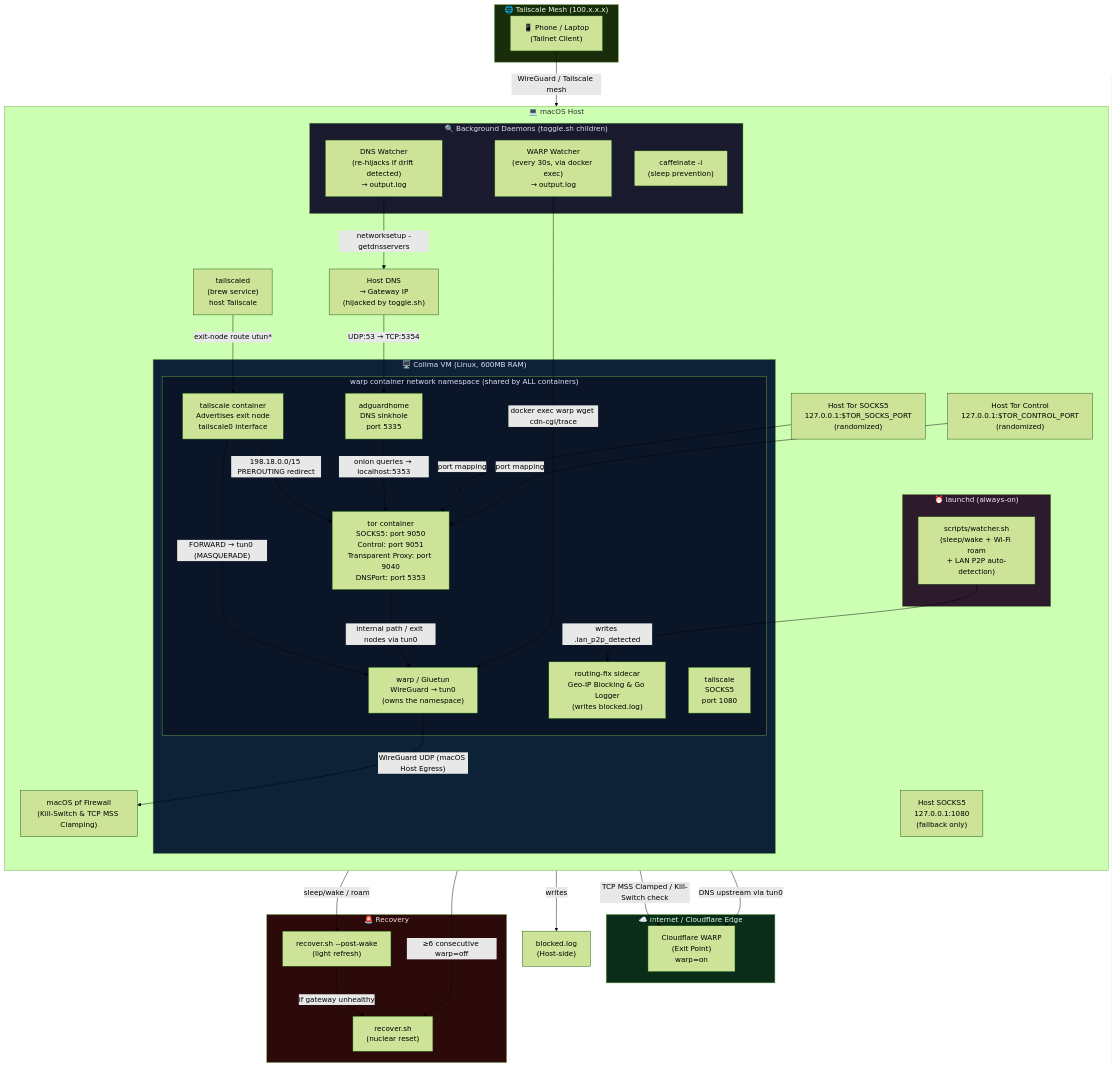
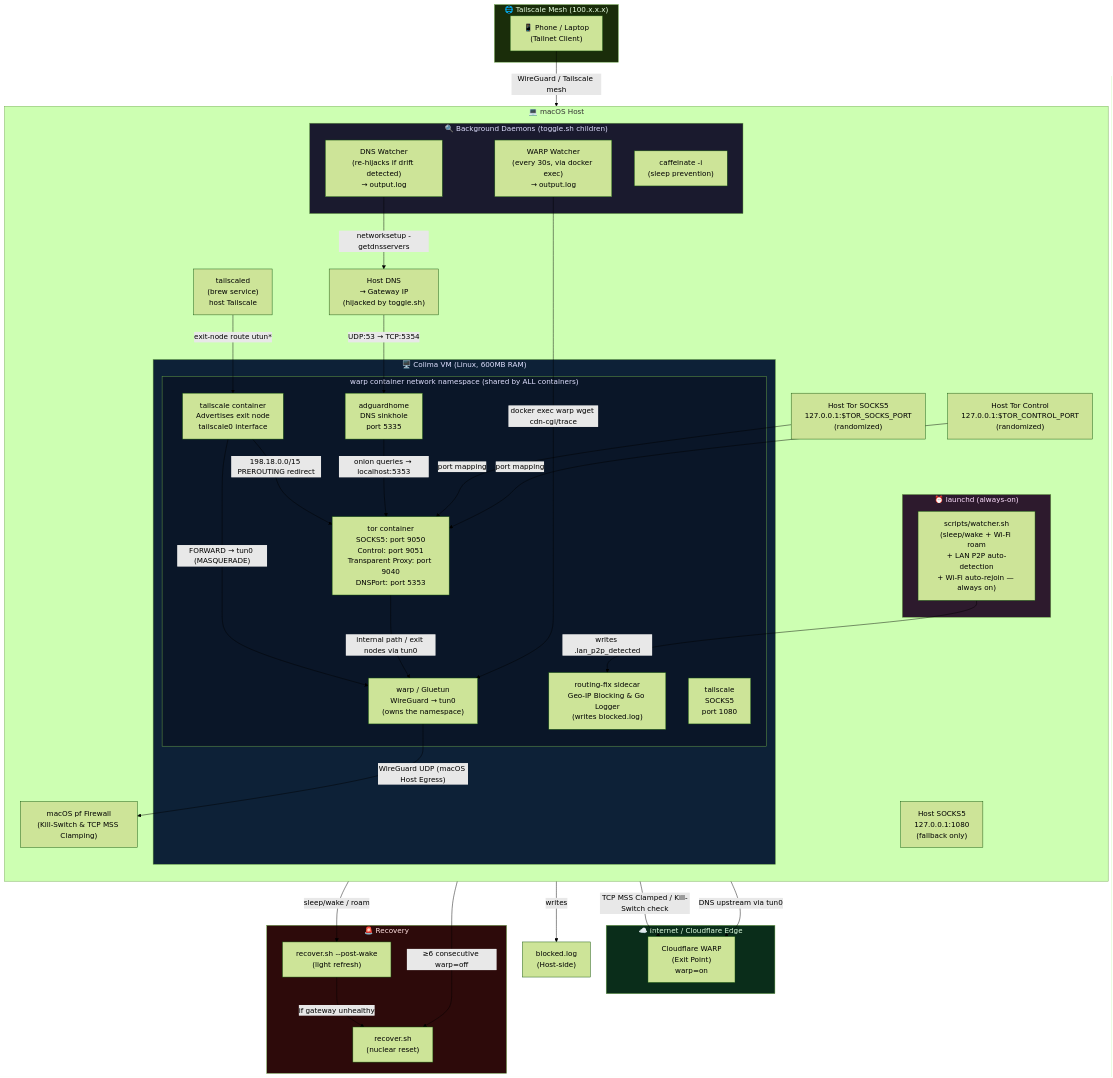
One commit to OmarAlaaeldein/nullexit changed the first of 7 diagrams in diagrams.md. Above: the diagram before and after it, drawn with Mermaid (forest theme). The commit also changed other lines of this file and 13 other files, not shown here.

First line of the commit message:
feat: Wi-Fi auto-rejoin + WARP-watcher pause guard + UTC logging

```diff
--- a/diagrams.md
+++ b/diagrams.md
@@ -41,7 +41,7 @@
         end
 
         subgraph LAUNCHD["⏰ launchd (always-on)"]
-            WATCHER["scripts/watcher.sh\n(sleep/wake + Wi-Fi roam\n+ LAN P2P auto-detection)"]
+            WATCHER["scripts/watcher.sh\n(sleep/wake + Wi-Fi roam\n+ LAN P2P auto-detection\n+ Wi-Fi auto-rejoin — always on)"]
         end
     end
 
```
